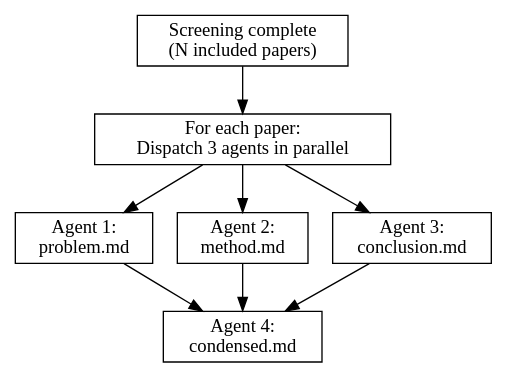
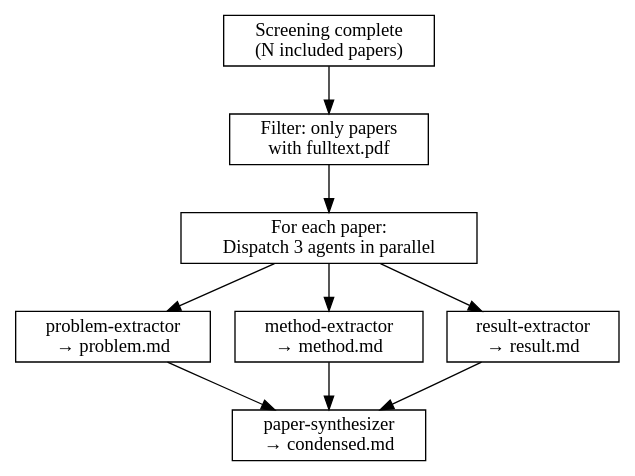
Before and after one commit to gabfssilva/scimesh: the diagram in plugins/scimesh/skills/extracting/SKILL.md, drawn with Graphviz. The commit also changed other lines of this file and 6 other files, not shown here.

````diff
--- a/plugins/scimesh/skills/extracting/SKILL.md
+++ b/plugins/scimesh/skills/extracting/SKILL.md
@@ -35,21 +50,23 @@
 ```dot
 digraph extraction {
     rankdir=TB;
     node [shape=box];
 
     screen_done [label="Screening complete\n(N included papers)"];
+    check_pdf [label="Filter: only papers\nwith fulltext.pdf"];
     dispatch [label="For each paper:\nDispatch 3 agents in parallel"];
-    problem [label="Agent 1:\nproblem.md"];
-    method [label="Agent 2:\nmethod.md"];
-    conclusion [label="Agent 3:\nconclusion.md"];
-    combine [label="Agent 4:\ncondensed.md"];
+    problem [label="problem-extractor\n→ problem.md"];
+    method [label="method-extractor\n→ method.md"];
+    result [label="result-extractor\n→ result.md"];
+    synthesize [label="paper-synthesizer\n→ condensed.md"];
 
-    screen_done -> dispatch;
+    screen_done -> check_pdf;
+    check_pdf -> dispatch;
     dispatch -> problem;
     dispatch -> method;
-    dispatch -> conclusion;
-    problem -> combine;
-    method -> combine;
-    conclusion -> combine;
+    dispatch -> result;
+    problem -> synthesize;
+    method -> synthesize;
+    result -> synthesize;
 }
 ```
````
